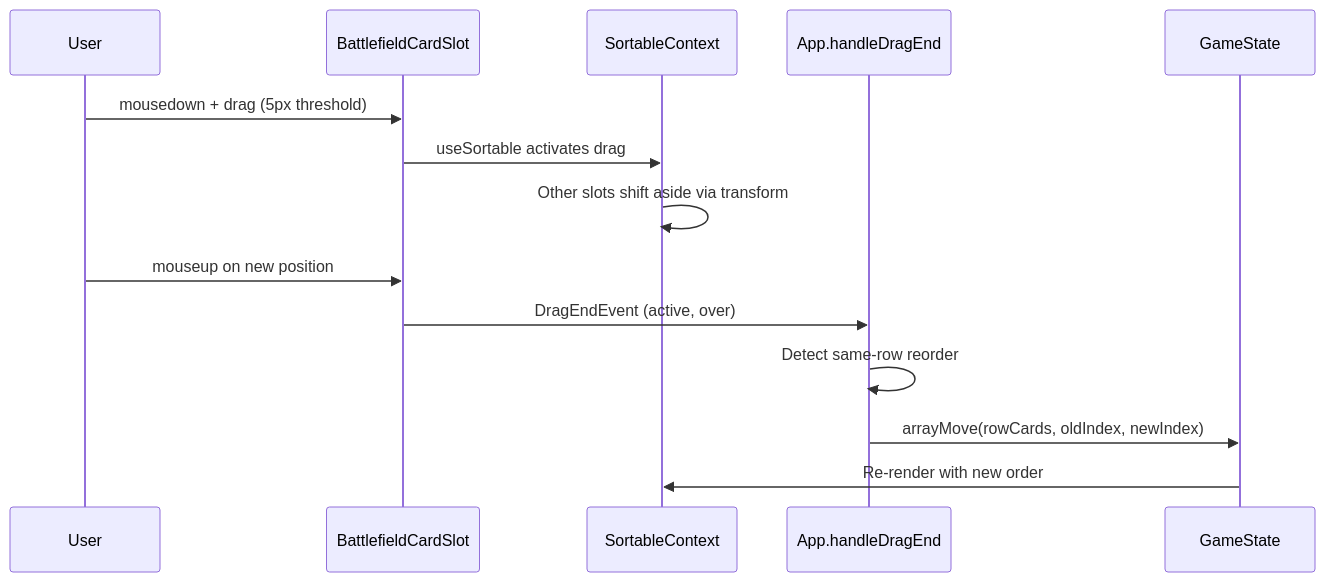
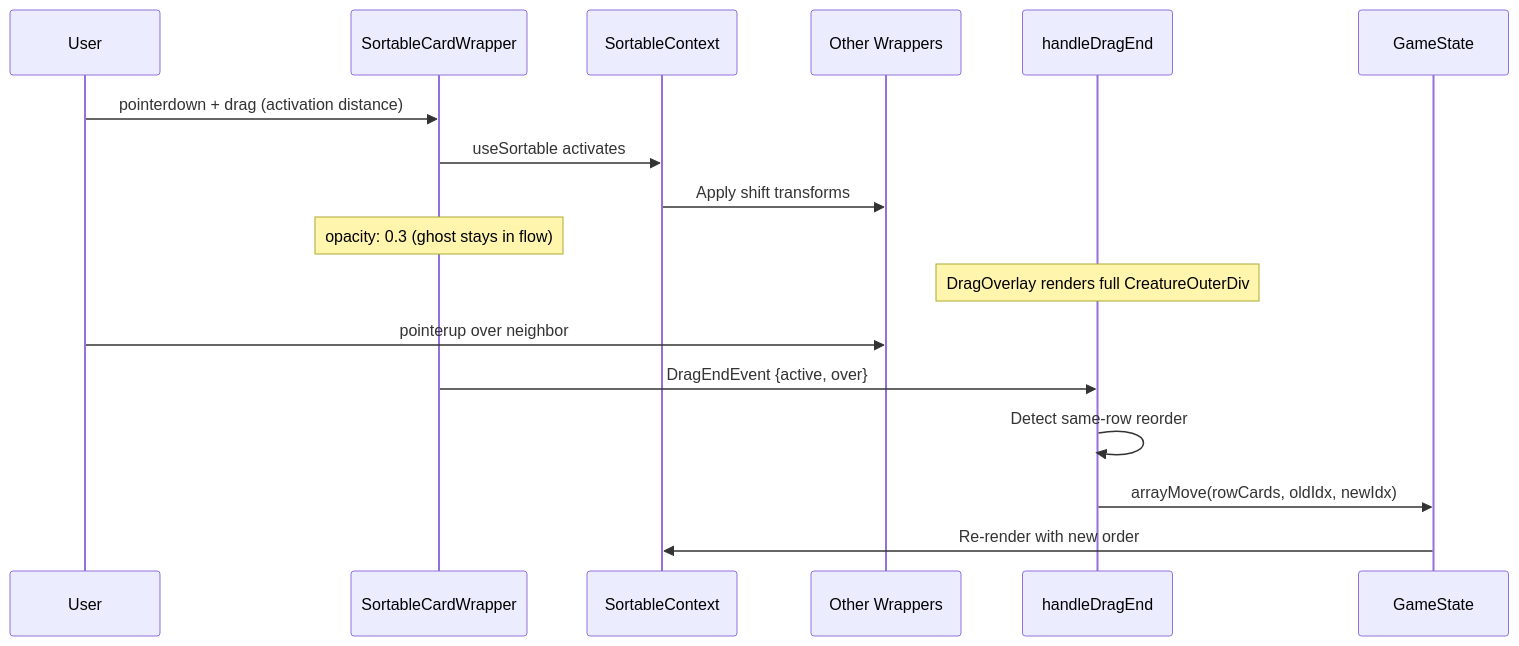
Before and after one commit to epfence1205-spec/tcg-playmat: the second of 2 diagrams in .kiro/specs/battlefield-sortable/design.md, drawn with Mermaid. The commit also changed other lines of this file and 67 other files, not shown here.

Commit message:
feat: battlefield sortable, creature row splitting, equipment cascade, hover tracking, row rename (row4->row3, row5->row4)

````diff
--- a/.kiro/specs/battlefield-sortable/design.md
+++ b/.kiro/specs/battlefield-sortable/design.md
@@ -63,17 +57,20 @@
 ```mermaid
 sequenceDiagram
     participant User
-    participant BCS as BattlefieldCardSlot
+    participant SW as SortableCardWrapper
     participant SC as SortableContext
-    participant App as App.handleDragEnd
-    participant State as GameState
+    participant Neighbors as Other Wrappers
+    participant App as handleDragEnd
+    participant GS as GameState
 
-    User->>BCS: mousedown + drag (5px threshold)
-    BCS->>SC: useSortable activates drag
-    SC->>SC: Other slots shift aside via transform
-    User->>BCS: mouseup on new position
-    BCS->>App: DragEndEvent (active, over)
+    User->>SW: pointerdown + drag (activation distance)
+    SW->>SC: useSortable activates
+    SC->>Neighbors: Apply shift transforms
+    Note over SW: opacity: 0.3 (ghost stays in flow)
+    Note over App: DragOverlay renders full CreatureOuterDiv
+    User->>Neighbors: pointerup over neighbor
+    SW->>App: DragEndEvent {active, over}
     App->>App: Detect same-row reorder
-    App->>State: arrayMove(rowCards, oldIndex, newIndex)
-    State->>SC: Re-render with new order
+    App->>GS: arrayMove(rowCards, oldIdx, newIdx)
+    GS->>SC: Re-render with new order
 ```
````
